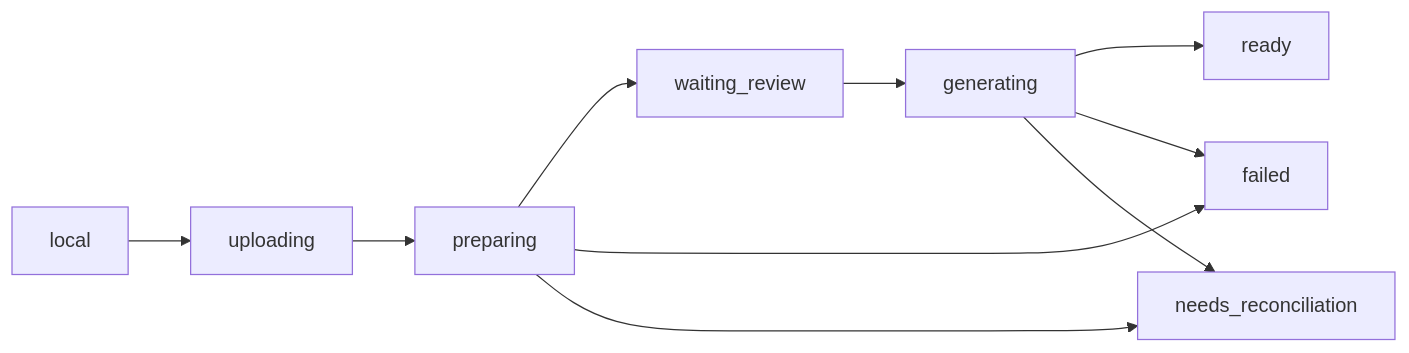
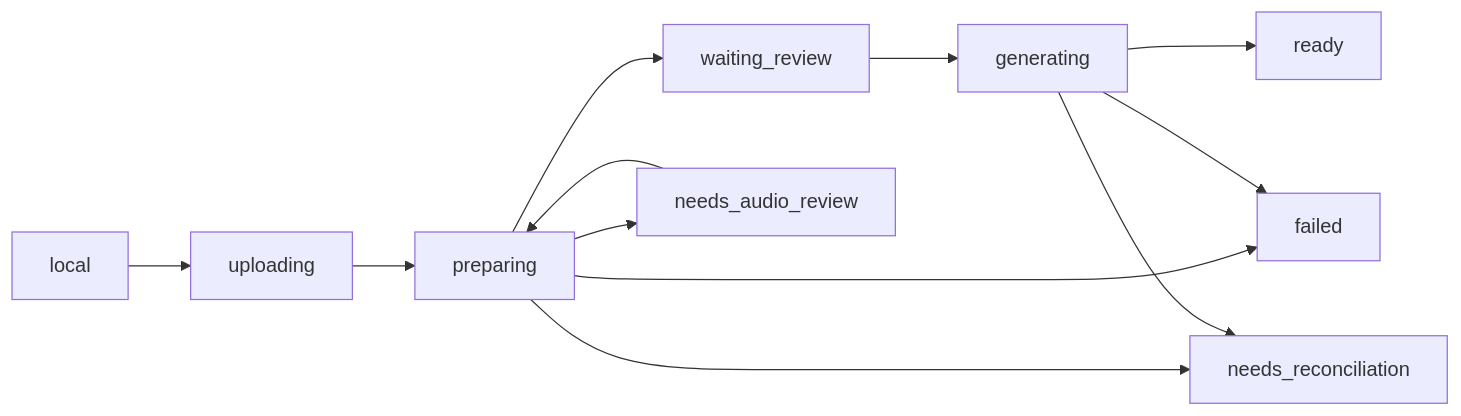
The second of 2 diagrams in docs/audio-pipeline-architecture.md (rion0918/Yoin), drawn with Mermaid before and after one commit. The commit also changed other lines of this file and 96 other files, not shown here.

````diff
--- a/docs/audio-pipeline-architecture.md
+++ b/docs/audio-pipeline-architecture.md
@@ -67,8 +68,9 @@
 ```mermaid
 flowchart LR
     local --> uploading --> preparing --> waiting_review --> generating --> ready
     preparing --> failed
+    preparing --> needs_audio_review --> preparing
     generating --> failed
     preparing --> needs_reconciliation
     generating --> needs_reconciliation
 ```
````
